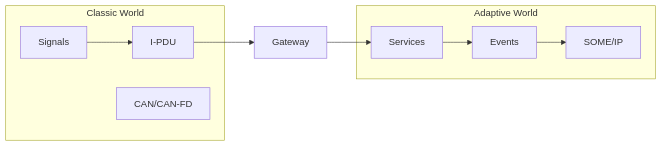
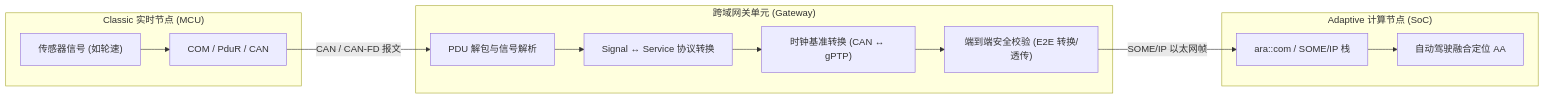
Before and after one commit to leehyon/garden: the sixth of 8 diagrams in content/autosar/autosar-adaptive.md, drawn with Mermaid. The commit also changed other lines of this file, not shown here.

Commit message:
refactor: revise AUTOSAR Adaptive documentation

````diff
--- a/content/autosar/autosar-adaptive.md
+++ b/content/autosar/autosar-adaptive.md
@@ -529,23 +276,28 @@
 ```mermaid
 flowchart LR
-
-    subgraph Classic["Classic World"]
-        SIG["Signals"]
-        PDU["I-PDU"]
-        CAN["CAN/CAN-FD"]
+    subgraph ClassicECU["Classic 实时节点 (MCU)"]
+        Sensor["传感器信号 (如轮速)"]
+        CANStack["COM / PduR / CAN"]
+        Sensor --> CANStack
     end
 
-    GW["Gateway"]
-
-    subgraph Adaptive["Adaptive World"]
-        SVC["Services"]
-        EVENT["Events"]
-        SOMEIP["SOME/IP"]
+    subgraph CentralGateway["跨域网关单元 (Gateway)"]
+        PduParser["PDU 解包与信号解析"]
+        SignalMapper["Signal ↔ Service 协议转换"]
+        TimeSync["时钟基准转换 (CAN ↔ gPTP)"]
+        E2E["端到端安全校验 (E2E 转换/透传)"]
+        
+        PduParser --> SignalMapper
+        SignalMapper --> TimeSync
+        TimeSync --> E2E
     end
 
-    SIG --> PDU --> GW
+    subgraph AdaptiveSoC["Adaptive 计算节点 (SoC)"]
+        SOMEIPStack["ara::com / SOME/IP 栈"]
+        App["自动驾驶融合定位 AA"]
+        SOMEIPStack --> App
+    end
 
-    GW --> SVC
-    SVC --> EVENT
-    EVENT --> SOMEIP
+    CANStack -->|"CAN / CAN-FD 报文"| PduParser
+    E2E -->|"SOME/IP 以太网帧"| SOMEIPStack
 ```
````
